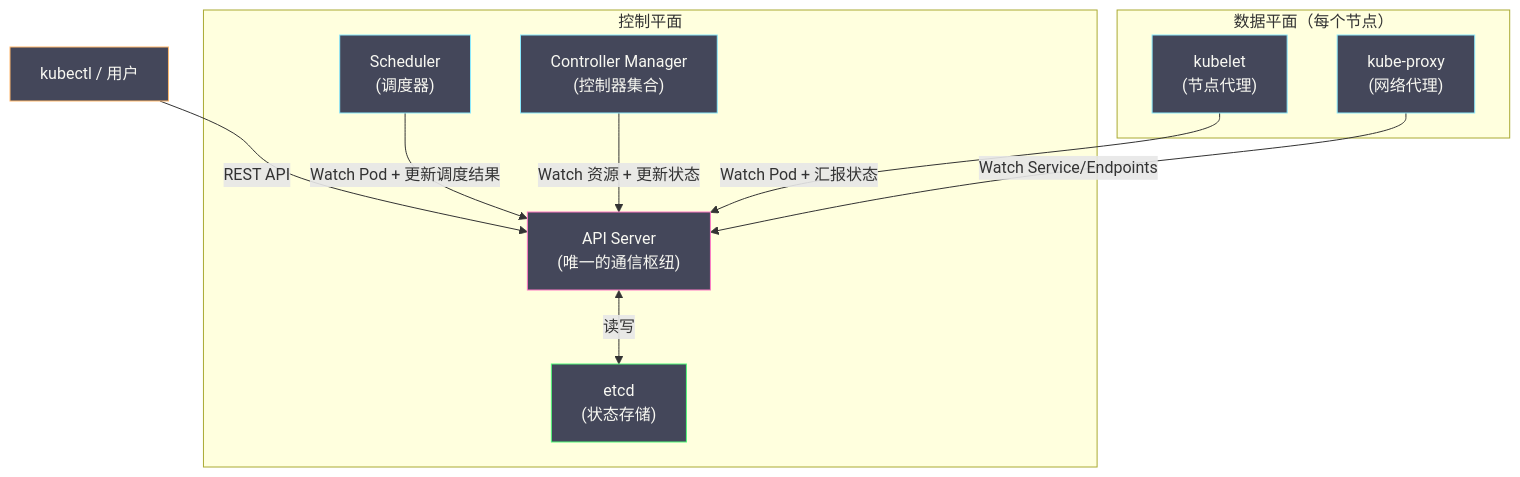
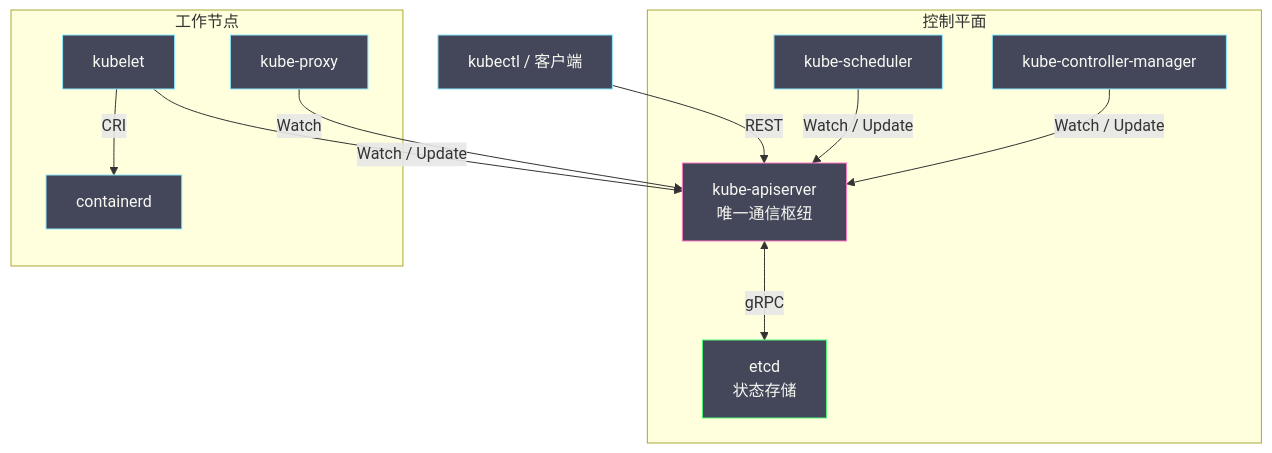
The third of 4 diagrams in content/云原生/Kubernetes/kubernetes架构原则和对象设计/01 Kubernetes 的诞生与设计哲学.md (hpliStartAgain/my-brain), drawn with Mermaid before and after one commit. The commit also changed other lines of this file and 24 other files, not shown here.

````diff
--- a/content/云原生/Kubernetes/kubernetes架构原则和对象设计/01 Kubernetes 的诞生与设计哲学.md
+++ b/content/云原生/Kubernetes/kubernetes架构原则和对象设计/01 Kubernetes 的诞生与设计哲学.md
@@ -274,34 +341,33 @@
 ```mermaid
 %%{init: {'theme': 'dracula'}}%%
 graph TD
-    subgraph "控制平面"
-        API["API Server</br>(唯一的通信枢纽)"]
-        ETCD["etcd</br>(状态存储)"]
-        SCHED["Scheduler</br>(调度器)"]
-        CM["Controller Manager</br>(控制器集合)"]
+    subgraph CP["控制平面"]
+        API["kube-apiserver<br/>唯一通信枢纽"]
+        ETCD["etcd<br/>状态存储"]
+        SCHED["kube-scheduler"]
+        CM["kube-controller-manager"]
     end
 
-    subgraph "数据平面（每个节点）"
-        KL["kubelet</br>(节点代理)"]
-        KP["kube-proxy</br>(网络代理)"]
+    subgraph NODE["工作节点"]
+        KL["kubelet"]
+        KP["kube-proxy"]
+        CR["containerd"]
     end
 
-    USER["kubectl / 用户"]
+    USER["kubectl / 客户端"]
 
-    USER -->|"REST API"| API
-    API <-->|"读写"| ETCD
-    SCHED -->|"Watch Pod + 更新调度结果"| API
-    CM -->|"Watch 资源 + 更新状态"| API
-    KL -->|"Watch Pod + 汇报状态"| API
-    KP -->|"Watch Service/Endpoints"| API
+    USER -->|"REST"| API
+    API <-->|"gRPC"| ETCD
+    SCHED -->|"Watch / Update"| API
+    CM -->|"Watch / Update"| API
+    KL -->|"Watch / Update"| API
+    KP -->|"Watch"| API
+    KL -->|"CRI"| CR
 
-    classDef api fill:#44475a,stroke:#ff79c6,color:#f8f8f2
+    classDef hub fill:#44475a,stroke:#ff79c6,color:#f8f8f2
     classDef store fill:#44475a,stroke:#50fa7b,color:#f8f8f2
-    classDef component fill:#44475a,stroke:#8be9fd,color:#f8f8f2
-    classDef user fill:#44475a,stroke:#ffb86c,color:#f8f8f2
-
-    class API api
+    classDef comp fill:#44475a,stroke:#8be9fd,color:#f8f8f2
+    class API hub
     class ETCD store
-    class SCHED,CM,KL,KP component
-    class USER user
+    class SCHED,CM,KL,KP,CR,USER comp
 ```
````
